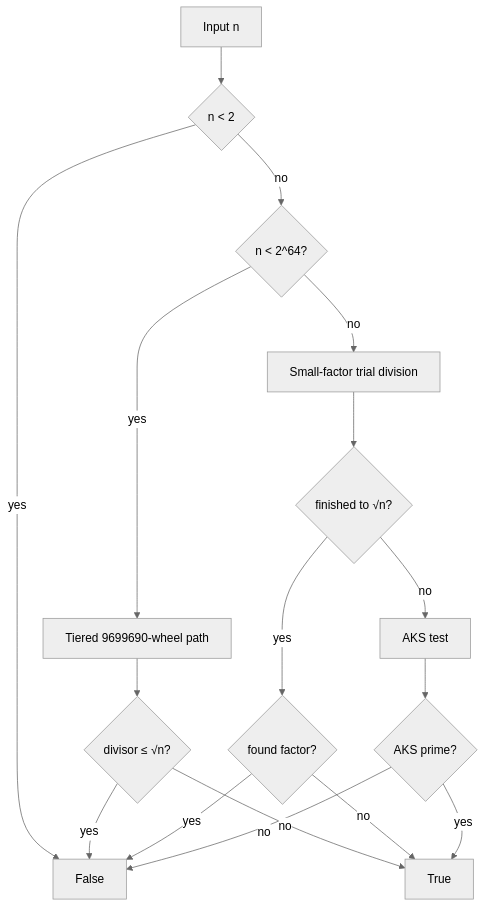
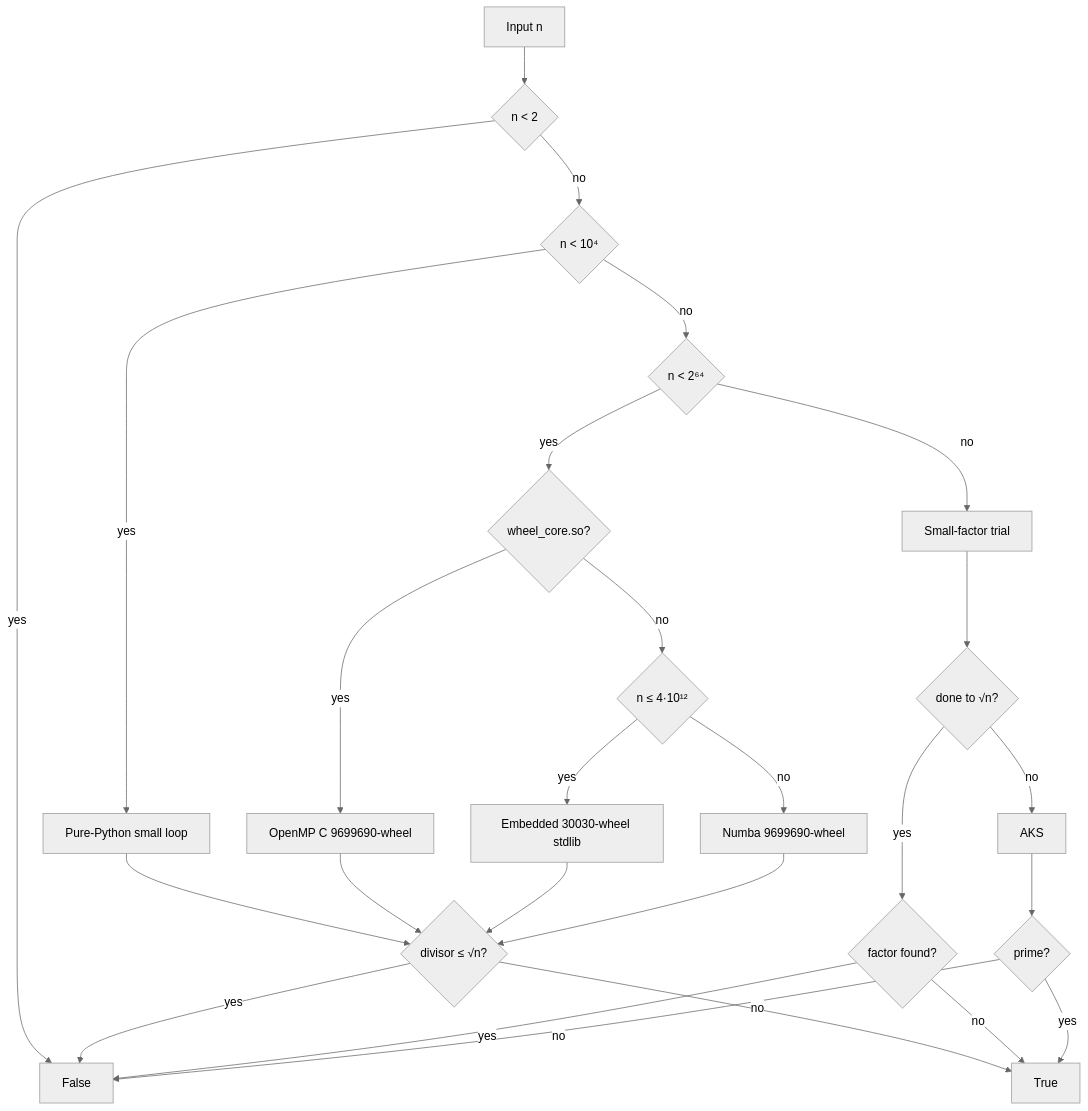
Before and after one commit to BurakAhmet/Best-Prime-Number-Function: the diagram in README.md, drawn with Mermaid (neutral theme). The commit also changed other lines of this file, not shown here.

First line of the commit message:
docs: polish README for tiered engines and e2e TIME

````diff
--- a/README.md
+++ b/README.md
@@ -104,19 +93,28 @@
 ```mermaid
 flowchart TD
   A[Input n] --> B{n < 2}
   B -->|yes| Z1[False]
-  B -->|no| C{n < 2^64?}
-  C -->|yes| D[Tiered 9699690-wheel path]
-  D --> E{divisor ≤ √n?}
-  E -->|yes| Z1
-  E -->|no| Z2[True]
-  C -->|no| F[Small-factor trial division]
-  F --> G{finished to √n?}
-  G -->|yes| H{found factor?}
-  H -->|yes| Z1
-  H -->|no| Z2
-  G -->|no| I[AKS test]
-  I --> J{AKS prime?}
-  J -->|yes| Z2
-  J -->|no| Z1
+  B -->|no| C{n < 10⁴}
+  C -->|yes| P1[Pure-Python small loop]
+  C -->|no| D{n < 2⁶⁴}
+  D -->|yes| E{wheel_core.so?}
+  E -->|yes| P2[OpenMP C 9699690-wheel]
+  E -->|no| F{n ≤ 4·10¹²}
+  F -->|yes| P3[Embedded 30030-wheel stdlib]
+  F -->|no| P4[Numba 9699690-wheel]
+  P1 --> G{divisor ≤ √n?}
+  P2 --> G
+  P3 --> G
+  P4 --> G
+  G -->|yes| Z1
+  G -->|no| Z2[True]
+  D -->|no| H[Small-factor trial]
+  H --> I{done to √n?}
+  I -->|yes| J{factor found?}
+  J -->|yes| Z1
+  J -->|no| Z2
+  I -->|no| K[AKS]
+  K --> L{prime?}
+  L -->|yes| Z2
+  L -->|no| Z1
 ```
````
